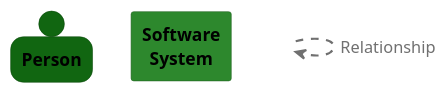
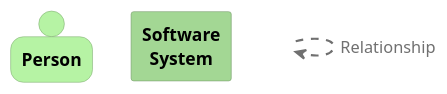
One commit to unibuc-cs/software-engineering-product-code-girls changed the diagram in backend/diagrams/structurizr-System_Context-key.puml. Above: the diagram before and after it, drawn with PlantUML. The commit also changed 9 other files, not shown here.

Commit message:
diagrame C4

```diff
--- a/backend/diagrams/structurizr-System_Context-key.puml
+++ b/backend/diagrams/structurizr-System_Context-key.puml
@@ -1,37 +1,37 @@
 @startuml
 set separator none
 
 skinparam {
   shadowing false
   arrowFontSize 15
   defaultTextAlignment center
   wrapWidth 100
   maxMessageSize 100
 }
 hide stereotype
 
 skinparam rectangle<<_transparent>> {
   BorderColor transparent
   BackgroundColor transparent
   FontColor transparent
 }
 
 skinparam person<<1>> {
-  BackgroundColor #116611
+  BackgroundColor #b6f3a4
   FontColor #000000
-  BorderColor #0b470b
+  BorderColor #7faa72
 }
 person "==Person" <<1>>
 
 skinparam rectangle<<2>> {
-  BackgroundColor #2d882d
+  BackgroundColor #a3d794
   FontColor #000000
-  BorderColor #1f5f1f
+  BorderColor #729667
 }
 rectangle "==Software System" <<2>>
 
 rectangle "." <<_transparent>> as 3
 3 .[#707070,thickness=2].> 3 : "<color:#707070>Relationship"
 
 
 @enduml
```
